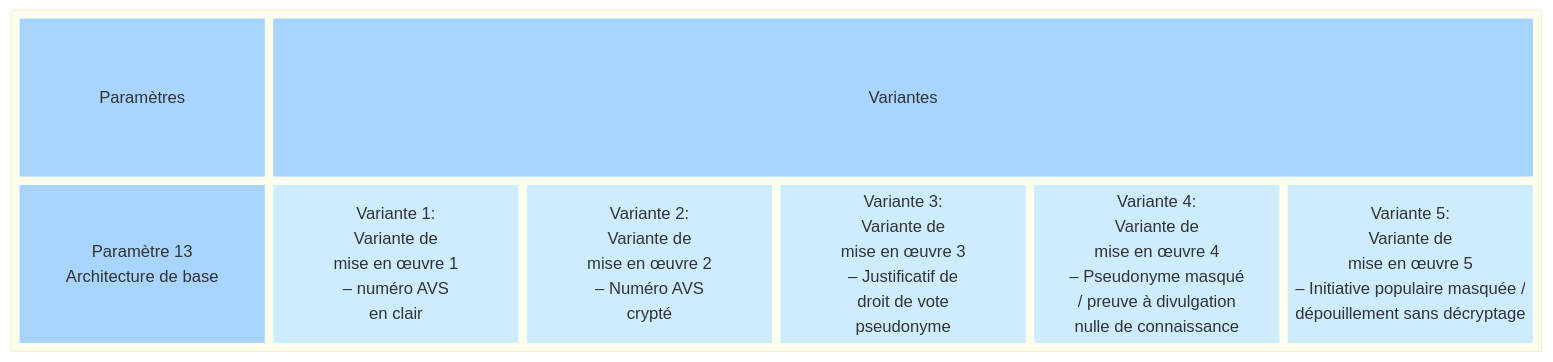
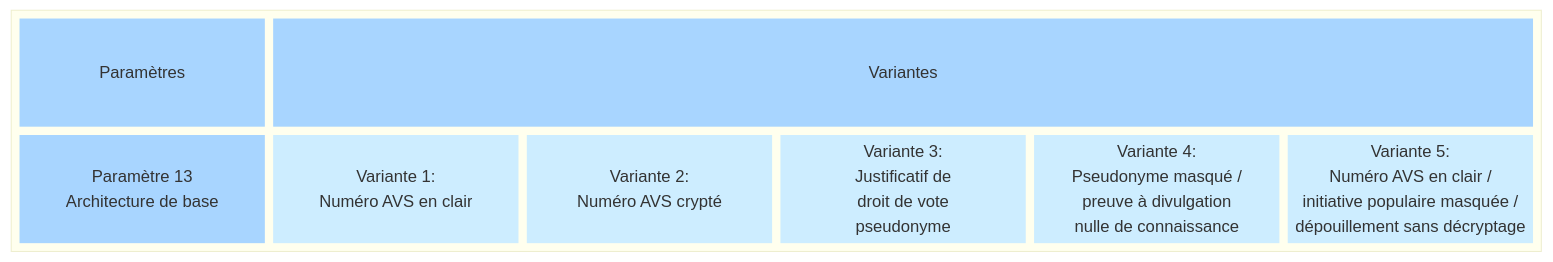
One commit to swiss/e-collecting changed the first of 2 diagrams in docs/morphological-box/parameter-13.md. Above: the diagram before and after it, drawn with Mermaid. The commit also changed other lines of this file, not shown here.

````diff
--- a/docs/morphological-box/parameter-13.md
+++ b/docs/morphological-box/parameter-13.md
@@ -15,45 +15,34 @@
 ```mermaid
 block
   block
     columns 6
     t1["Paramètres"]
     t2["Variantes"]:5
     d["Paramètre 13
     Architecture de base"]
     a1["Variante 1:
-    Variante de
-    mise en œuvre 1
-    – numéro AVS
-    en clair"]
+    Numéro AVS en clair"]
     a2["Variante 2:
-    Variante de
-    mise en œuvre 2
-    – Numéro AVS
-    crypté"]
+    Numéro AVS crypté"]
     a3["Variante 3:
-    Variante de
-    mise en œuvre 3
-    – Justificatif de
+    Justificatif de
     droit de vote
     pseudonyme"]
     a4["Variante 4:
-    Variante de
-    mise en œuvre 4
-    – Pseudonyme masqué
-    / preuve à divulgation
+    Pseudonyme masqué /
+    preuve à divulgation
     nulle de connaissance"]
     a5["Variante 5:
-    Variante de
-    mise en œuvre 5
-    – Initiative populaire masquée /
+    Numéro AVS en clair /
+    initiative populaire masquée /
     dépouillement sans décryptage"]
     style t1 fill:#a8d5ff,stroke-width:0px
     style t2 fill:#a8d5ff,stroke-width:0px
     style d fill:#a8d5ff,stroke-width:0px,text-valign:top
     style a1 fill:#cdedff,stroke-width:0px
     style a2 fill:#cdedff,stroke-width:0px
     style a3 fill:#cdedff,stroke-width:0px
     style a4 fill:#cdedff,stroke-width:0px
     style a5 fill:#cdedff,stroke-width:0px
   end
 ```
````
